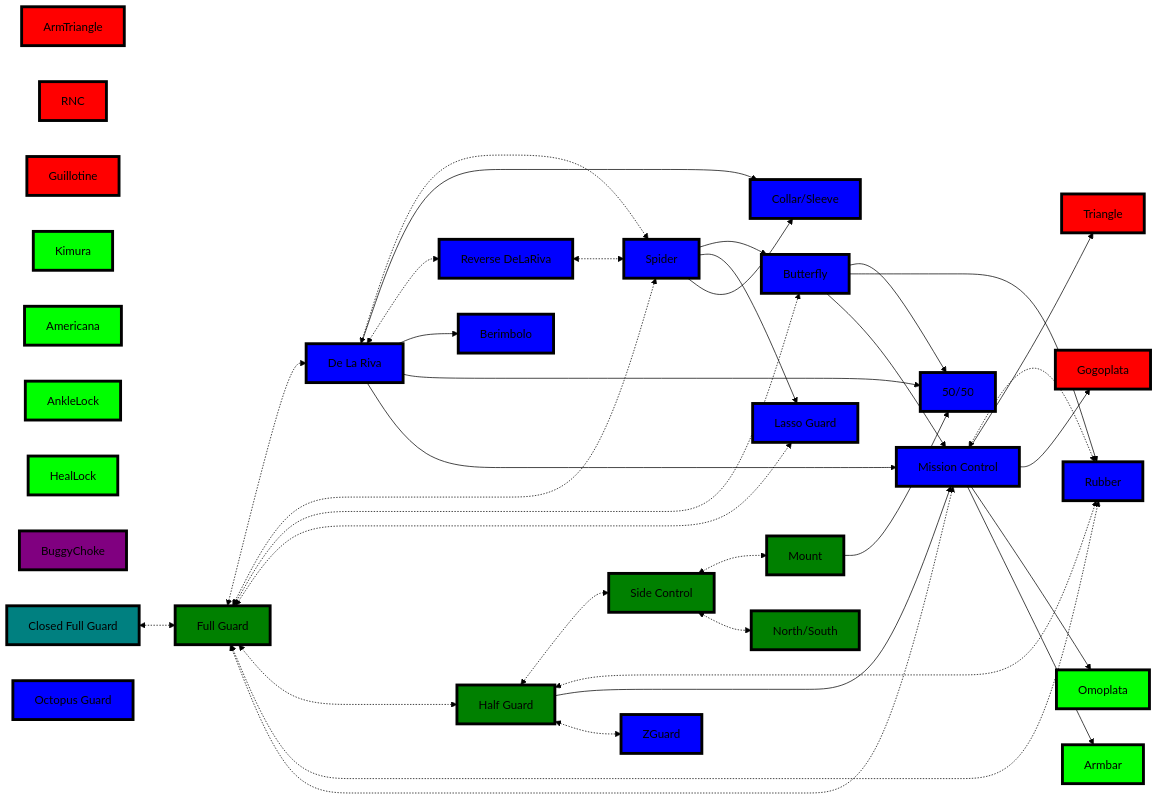
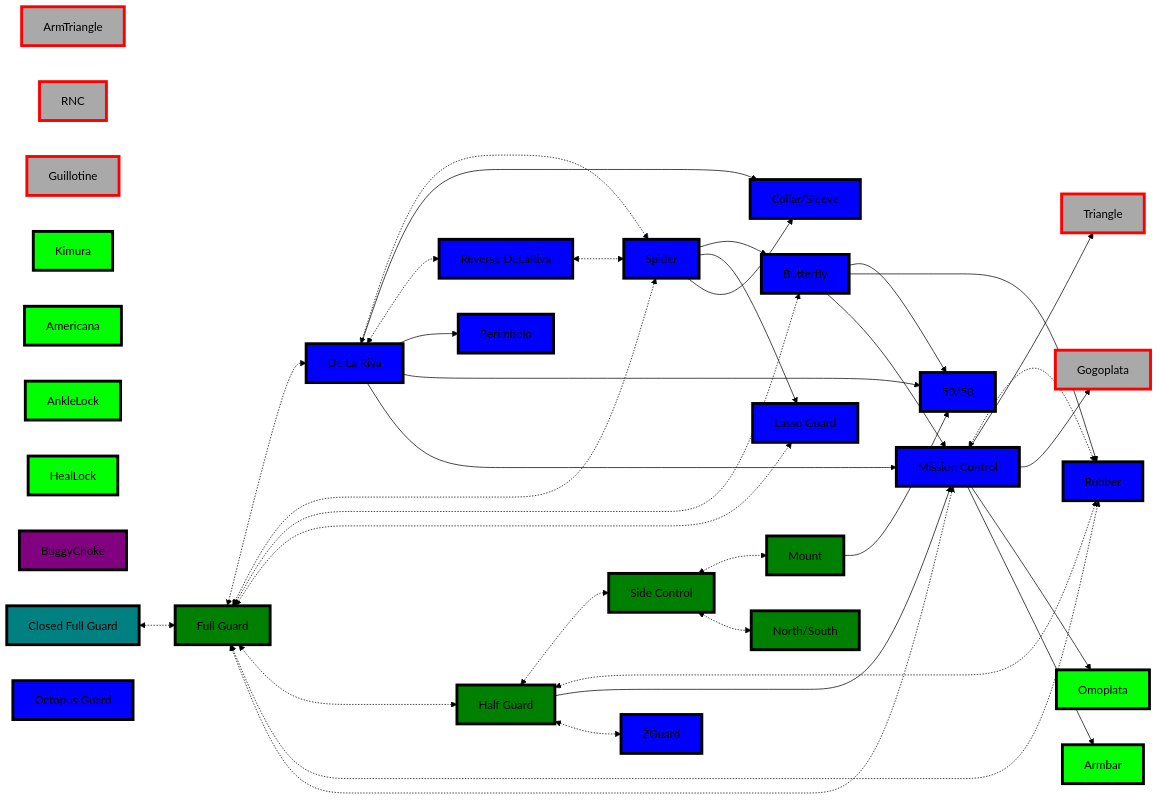
Before and after one commit to jacgit18/DevHiveMind: the second of 4 diagrams in _Fitness/MMA/Real World BJJ Flows.md, drawn with Mermaid (forest theme). The commit also changed other lines of this file, not shown here.

Commit message:
M "_Fitness/MMA/Real World BJJ Flows.md"

```diff
--- a/_Fitness/MMA/Real World BJJ Flows.md
+++ b/_Fitness/MMA/Real World BJJ Flows.md
@@ -259,19 +259,19 @@
 style Z fill:blue,stroke:black,stroke-width:4px,shadow:shadow
 
 
-style 1 fill:red,stroke:black,stroke-width:4px,shadow:shadow
+style 1 fill:darkgray,stroke:red,stroke-width:4px,shadow:shadow
 
-style 2 fill:red,stroke:black,stroke-width:4px,shadow:shadow
+style 2 fill:darkgray,stroke:red,stroke-width:4px,shadow:shadow
 
 style 3 fill:lime,stroke:black,stroke-width:4px,shadow:shadow
 
 style 4 fill:lime,stroke:black,stroke-width:4px,shadow:shadow
 
-style 5 fill:red,stroke:black,stroke-width:4px,shadow:shadow
+style 5 fill:darkgray,stroke:red,stroke-width:4px,shadow:shadow
 
-style 6 fill:red,stroke:black,stroke-width:4px,shadow:shadow
+style 6 fill:darkgray,stroke:red,stroke-width:4px,shadow:shadow
 
-style 7 fill:red,stroke:black,stroke-width:4px,shadow:shadow
+style 7 fill:darkgray,stroke:red,stroke-width:4px,shadow:shadow
 
 style 8 fill:lime,stroke:black,stroke-width:4px,shadow:shadow
 
```
